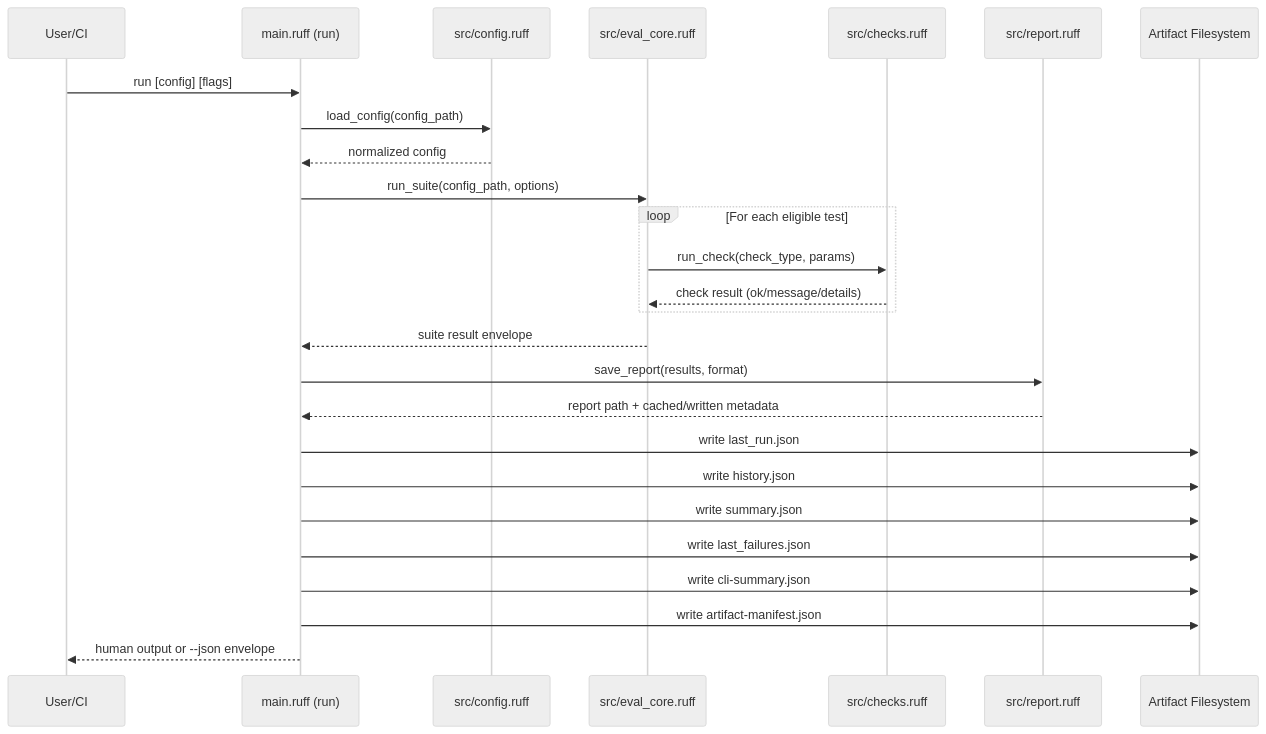
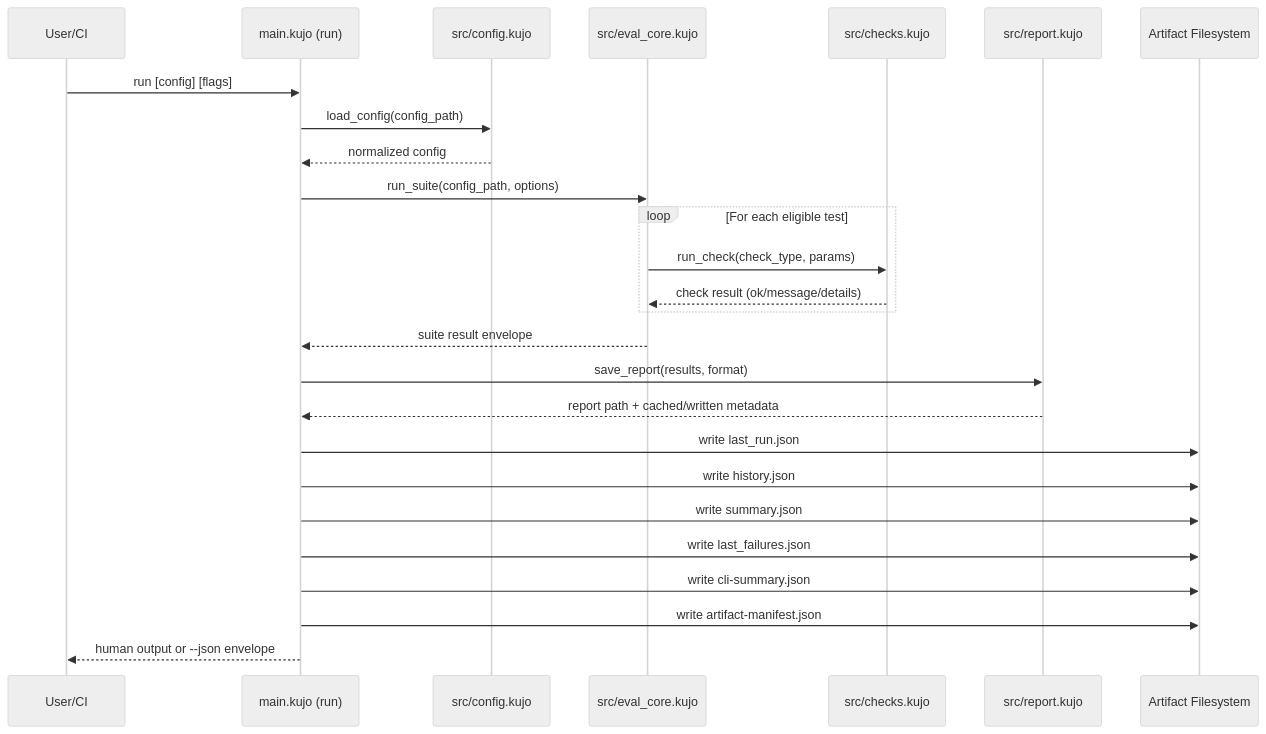
The first of 3 diagrams in docs/ARCHITECTURE.md (kujolang/dispatch), drawn with Mermaid (neutral theme) before and after one commit. The commit also changed other lines of this file and 62 other files, not shown here.

````diff
--- a/docs/ARCHITECTURE.md
+++ b/docs/ARCHITECTURE.md
@@ -27,33 +27,33 @@
 ```mermaid
 sequenceDiagram
     participant User as User/CI
-    participant CLI as main.ruff (run)
-    participant Config as src/config.ruff
-    participant Core as src/eval_core.ruff
-    participant Checks as src/checks.ruff
-    participant Report as src/report.ruff
+    participant CLI as main.kujo (run)
+    participant Config as src/config.kujo
+    participant Core as src/eval_core.kujo
+    participant Checks as src/checks.kujo
+    participant Report as src/report.kujo
     participant FS as Artifact Filesystem
 
     User->>CLI: run [config] [flags]
     CLI->>Config: load_config(config_path)
     Config-->>CLI: normalized config
     CLI->>Core: run_suite(config_path, options)
 
     loop For each eligible test
         Core->>Checks: run_check(check_type, params)
         Checks-->>Core: check result (ok/message/details)
     end
 
     Core-->>CLI: suite result envelope
     CLI->>Report: save_report(results, format)
     Report-->>CLI: report path + cached/written metadata
 
     CLI->>FS: write last_run.json
     CLI->>FS: write history.json
     CLI->>FS: write summary.json
     CLI->>FS: write last_failures.json
     CLI->>FS: write cli-summary.json
     CLI->>FS: write artifact-manifest.json
 
     CLI-->>User: human output or --json envelope
 ```
````
